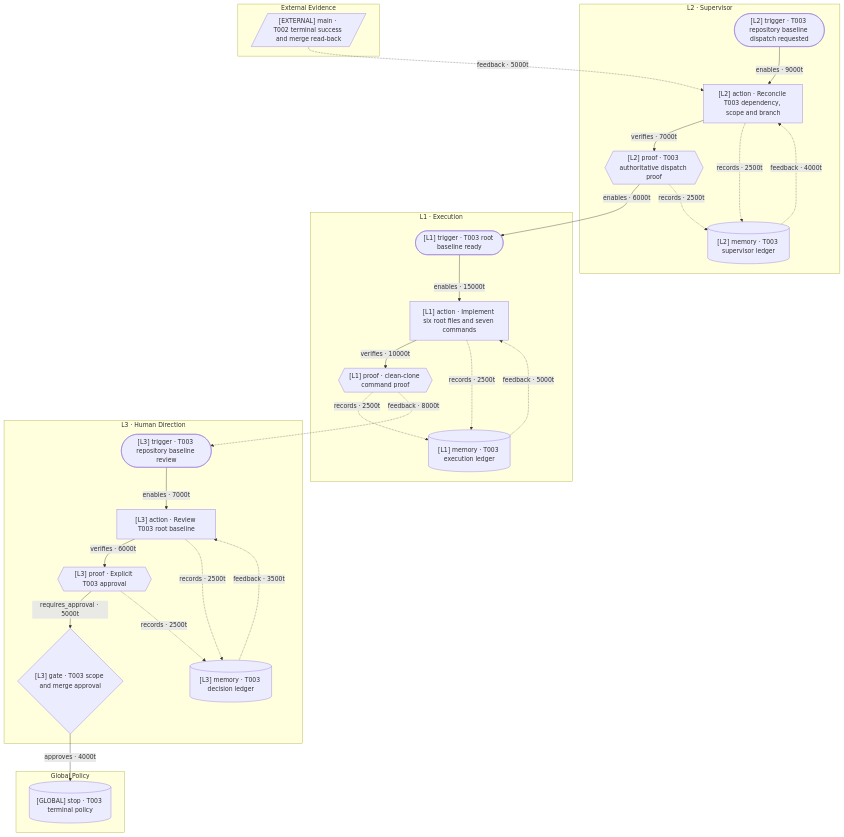
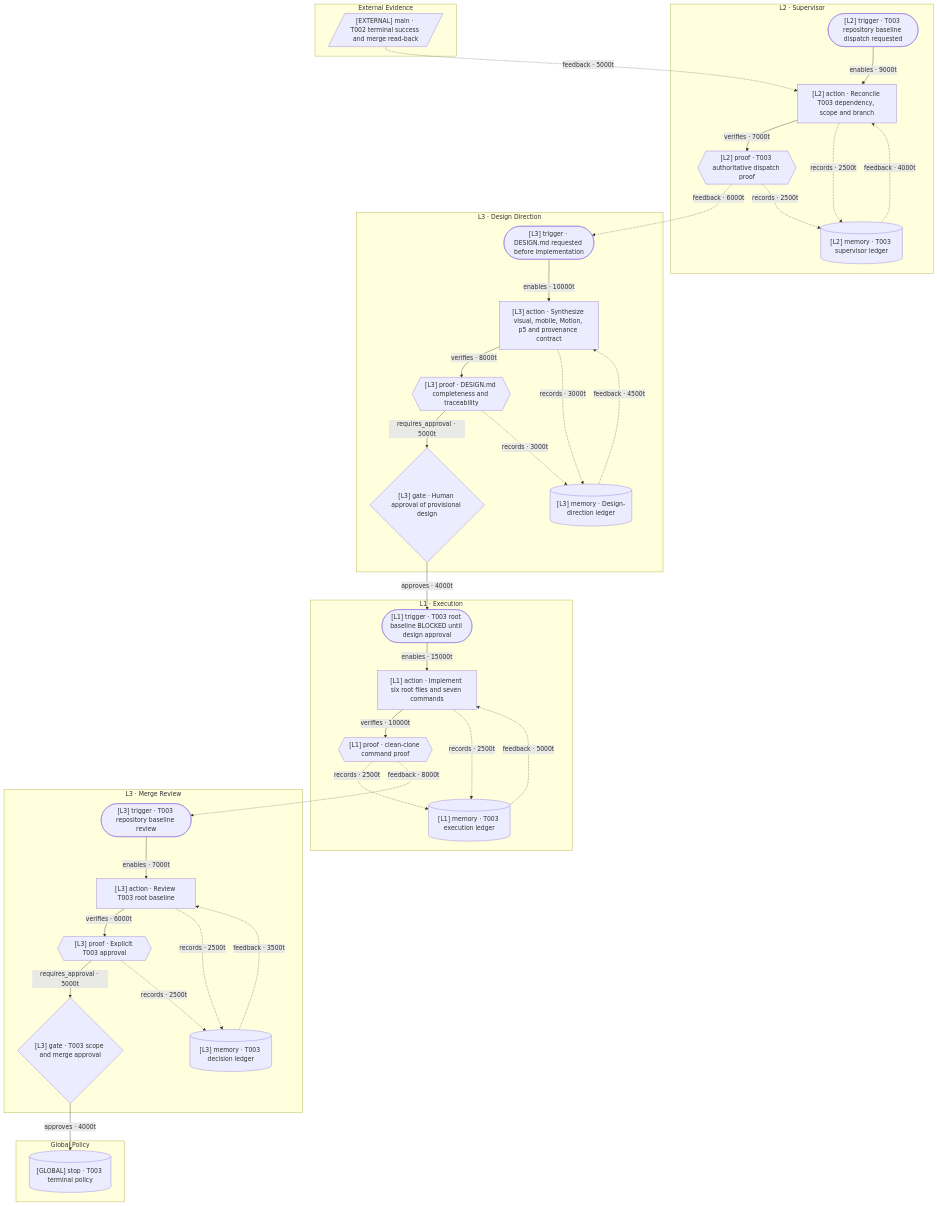
One commit to bynanci/courtside-tw changed the diagram in .loop/t003-graphify-loop.mmd. Above: the diagram before and after it, drawn with Mermaid.

Commit message:
docs(loop): render T003 design approval gate

```diff
--- a/.loop/t003-graphify-loop.mmd
+++ b/.loop/t003-graphify-loop.mmd
@@ -1,46 +1,60 @@
 flowchart TD
   subgraph G_EXTERNAL["External Evidence"]
     N0[/"[EXTERNAL] main · T002 terminal success and merge read-back"/]
   end
   subgraph G_L2["L2 · Supervisor"]
     N1(["[L2] trigger · T003 repository baseline dispatch requested"])
     N2["[L2] action · Reconcile T003 dependency, scope and branch"]
     N3{{"[L2] proof · T003 authoritative dispatch proof"}}
     N4[("[L2] memory · T003 supervisor ledger")]
   end
+  subgraph G_L3_DESIGN["L3 · Design Direction"]
+    N5(["[L3] trigger · DESIGN.md requested before implementation"])
+    N6["[L3] action · Synthesize visual, mobile, Motion, p5 and provenance contract"]
+    N7{{"[L3] proof · DESIGN.md completeness and traceability"}}
+    N8{"[L3] gate · Human approval of provisional design"}
+    N9[("[L3] memory · Design-direction ledger")]
+  end
   subgraph G_L1["L1 · Execution"]
-    N5(["[L1] trigger · T003 root baseline ready"])
-    N6["[L1] action · Implement six root files and seven commands"]
-    N7{{"[L1] proof · clean-clone command proof"}}
-    N8[("[L1] memory · T003 execution ledger")]
+    N10(["[L1] trigger · T003 root baseline BLOCKED until design approval"])
+    N11["[L1] action · Implement six root files and seven commands"]
+    N12{{"[L1] proof · clean-clone command proof"}}
+    N13[("[L1] memory · T003 execution ledger")]
   end
-  subgraph G_L3["L3 · Human Direction"]
-    N9(["[L3] trigger · T003 repository baseline review"])
-    N10["[L3] action · Review T003 root baseline"]
-    N11{{"[L3] proof · Explicit T003 approval"}}
-    N12{"[L3] gate · T003 scope and merge approval"}
-    N13[("[L3] memory · T003 decision ledger")]
+  subgraph G_L3_REVIEW["L3 · Merge Review"]
+    N14(["[L3] trigger · T003 repository baseline review"])
+    N15["[L3] action · Review T003 root baseline"]
+    N16{{"[L3] proof · Explicit T003 approval"}}
+    N17{"[L3] gate · T003 scope and merge approval"}
+    N18[("[L3] memory · T003 decision ledger")]
   end
   subgraph G_GLOBAL["Global Policy"]
-    N14[("[GLOBAL] stop · T003 terminal policy")]
+    N19[("[GLOBAL] stop · T003 terminal policy")]
   end
   N0 -.->|"feedback · 5000t"| N2
   N1 -->|"enables · 9000t"| N2
   N2 -->|"verifies · 7000t"| N3
-  N3 -->|"enables · 6000t"| N5
+  N3 -.->|"feedback · 6000t"| N5
   N2 -.->|"records · 2500t"| N4
   N3 -.->|"records · 2500t"| N4
   N4 -.->|"feedback · 4000t"| N2
-  N5 -->|"enables · 15000t"| N6
-  N6 -->|"verifies · 10000t"| N7
-  N6 -.->|"records · 2500t"| N8
-  N7 -.->|"records · 2500t"| N8
-  N8 -.->|"feedback · 5000t"| N6
-  N7 -.->|"feedback · 8000t"| N9
-  N9 -->|"enables · 7000t"| N10
-  N10 -->|"verifies · 6000t"| N11
-  N11 -->|"requires_approval · 5000t"| N12
-  N12 -->|"approves · 4000t"| N14
-  N10 -.->|"records · 2500t"| N13
+  N5 -->|"enables · 10000t"| N6
+  N6 -->|"verifies · 8000t"| N7
+  N7 -->|"requires_approval · 5000t"| N8
+  N8 -->|"approves · 4000t"| N10
+  N6 -.->|"records · 3000t"| N9
+  N7 -.->|"records · 3000t"| N9
+  N9 -.->|"feedback · 4500t"| N6
+  N10 -->|"enables · 15000t"| N11
+  N11 -->|"verifies · 10000t"| N12
   N11 -.->|"records · 2500t"| N13
-  N13 -.->|"feedback · 3500t"| N10
+  N12 -.->|"records · 2500t"| N13
+  N13 -.->|"feedback · 5000t"| N11
+  N12 -.->|"feedback · 8000t"| N14
+  N14 -->|"enables · 7000t"| N15
+  N15 -->|"verifies · 6000t"| N16
+  N16 -->|"requires_approval · 5000t"| N17
+  N17 -->|"approves · 4000t"| N19
+  N15 -.->|"records · 2500t"| N18
+  N16 -.->|"records · 2500t"| N18
+  N18 -.->|"feedback · 3500t"| N15
```
